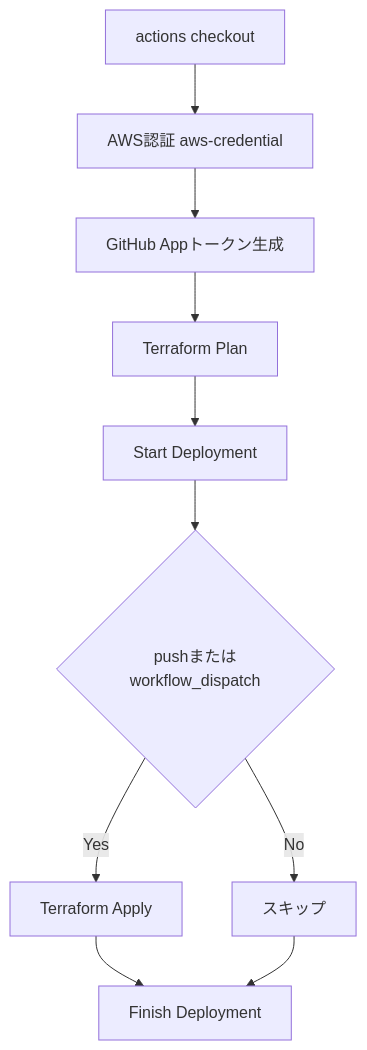
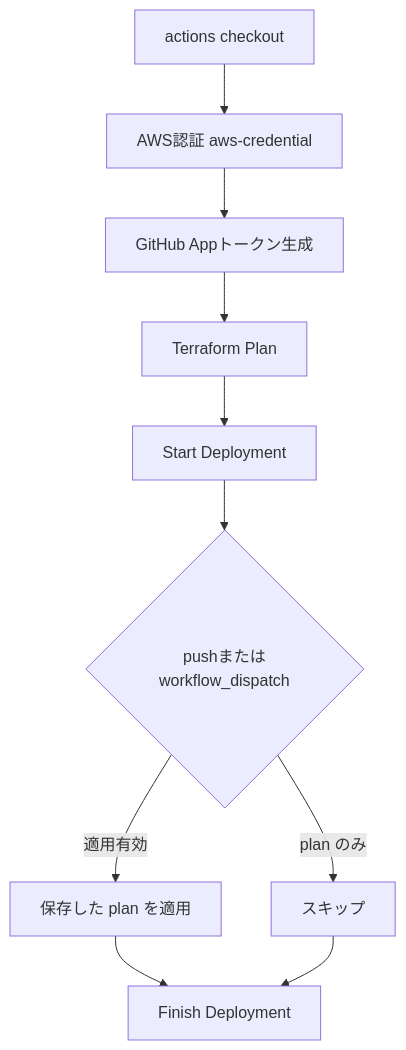
One commit to tqer39/terraform-github changed the first of 2 diagrams in docs/README.ja.md. Above: the diagram before and after it, drawn with Mermaid. The commit also changed other lines of this file and 25 other files, not shown here.

````diff
--- a/docs/README.ja.md
+++ b/docs/README.ja.md
@@ -12,12 +30,12 @@
 ```mermaid
 graph TD
   A[actions checkout] --> B[AWS認証 aws-credential]
   B --> C[GitHub Appトークン生成]
   C --> D[Terraform Plan]
   D --> E[Start Deployment]
   E --> F{pushまたはworkflow_dispatch}
-  F -- Yes --> G[Terraform Apply]
-  F -- No --> H[スキップ]
+  F -- 適用有効 --> G[保存した plan を適用]
+  F -- plan のみ --> H[スキップ]
   G --> I[Finish Deployment]
   H --> I
 ```
````
